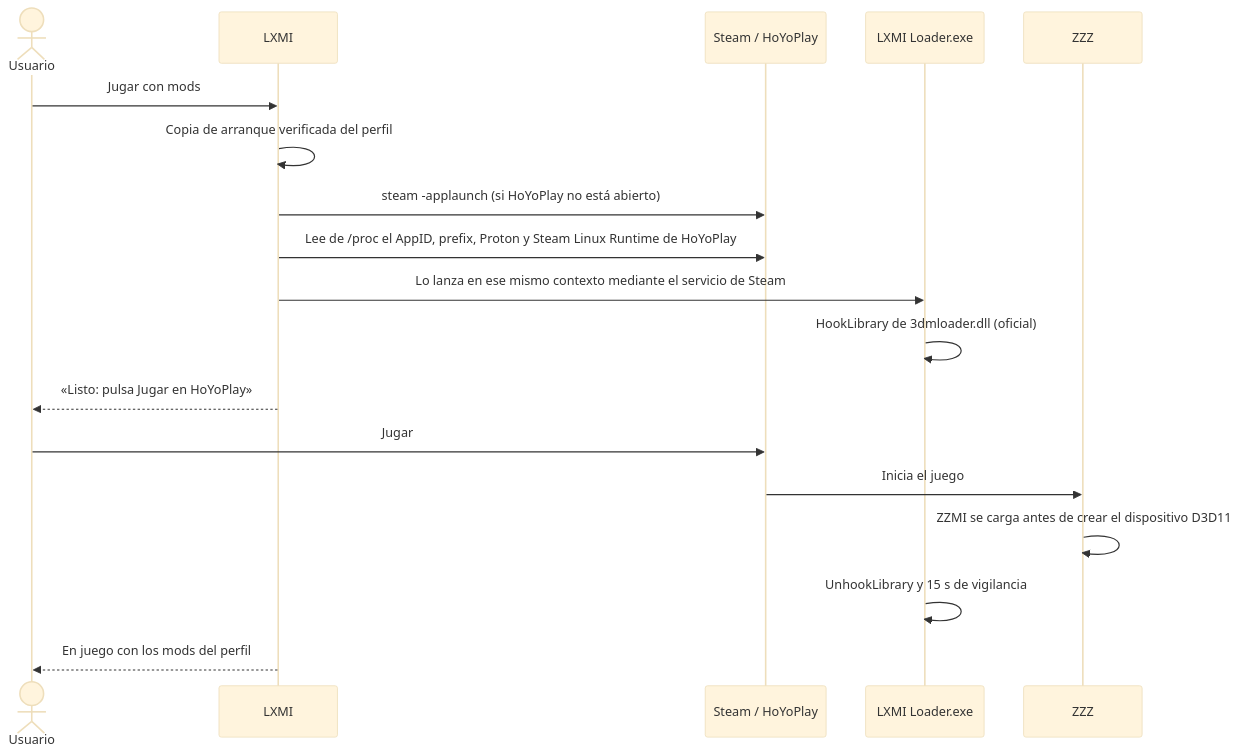
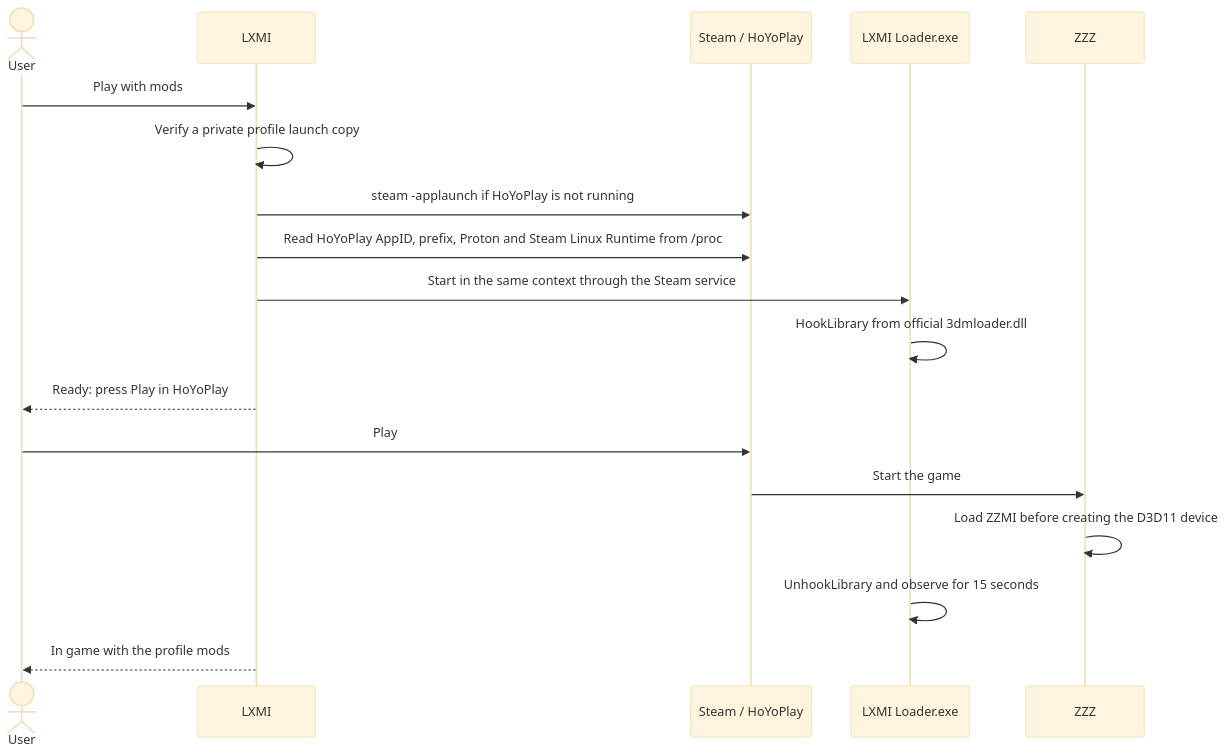
Before and after one commit to VictorMamani/LXMI: the diagram in README.md, drawn with Mermaid (base theme). The commit also changed other lines of this file and 99 other files, not shown here.

````diff
--- a/README.md
+++ b/README.md
@@ -29,20 +29,20 @@
 ```mermaid
 sequenceDiagram
-    actor U as Usuario
+    actor U as User
     participant L as LXMI
     participant S as Steam / HoYoPlay
     participant H as LXMI Loader.exe
     participant G as ZZZ
-    U->>L: Jugar con mods
-    L->>L: Copia de arranque verificada del perfil
-    L->>S: steam -applaunch (si HoYoPlay no está abierto)
-    L->>S: Lee de /proc el AppID, prefix, Proton y Steam Linux Runtime de HoYoPlay
-    L->>H: Lo lanza en ese mismo contexto mediante el servicio de Steam
-    H->>H: HookLibrary de 3dmloader.dll (oficial)
-    L-->>U: «Listo: pulsa Jugar en HoYoPlay»
-    U->>S: Jugar
-    S->>G: Inicia el juego
-    G->>G: ZZMI se carga antes de crear el dispositivo D3D11
-    H->>H: UnhookLibrary y 15 s de vigilancia
-    L-->>U: En juego con los mods del perfil
+    U->>L: Play with mods
+    L->>L: Verify a private profile launch copy
+    L->>S: steam -applaunch if HoYoPlay is not running
+    L->>S: Read HoYoPlay AppID, prefix, Proton and Steam Linux Runtime from /proc
+    L->>H: Start in the same context through the Steam service
+    H->>H: HookLibrary from official 3dmloader.dll
+    L-->>U: Ready: press Play in HoYoPlay
+    U->>S: Play
+    S->>G: Start the game
+    G->>G: Load ZZMI before creating the D3D11 device
+    H->>H: UnhookLibrary and observe for 15 seconds
+    L-->>U: In game with the profile mods
 ```
````
